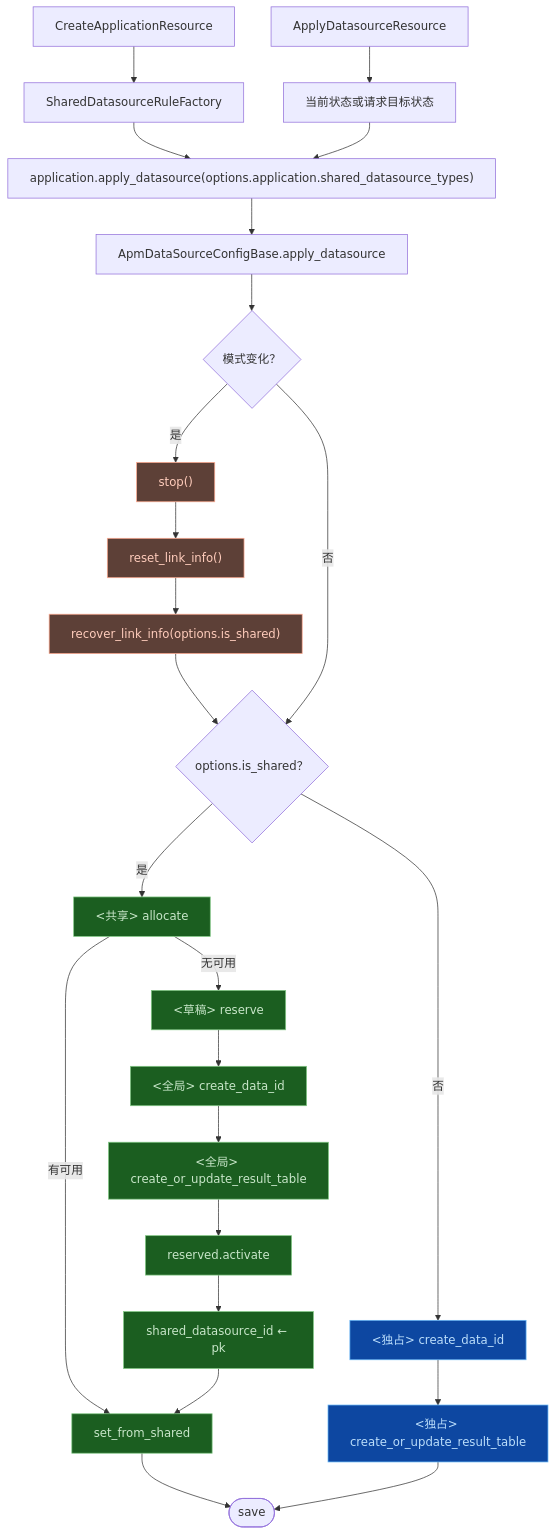
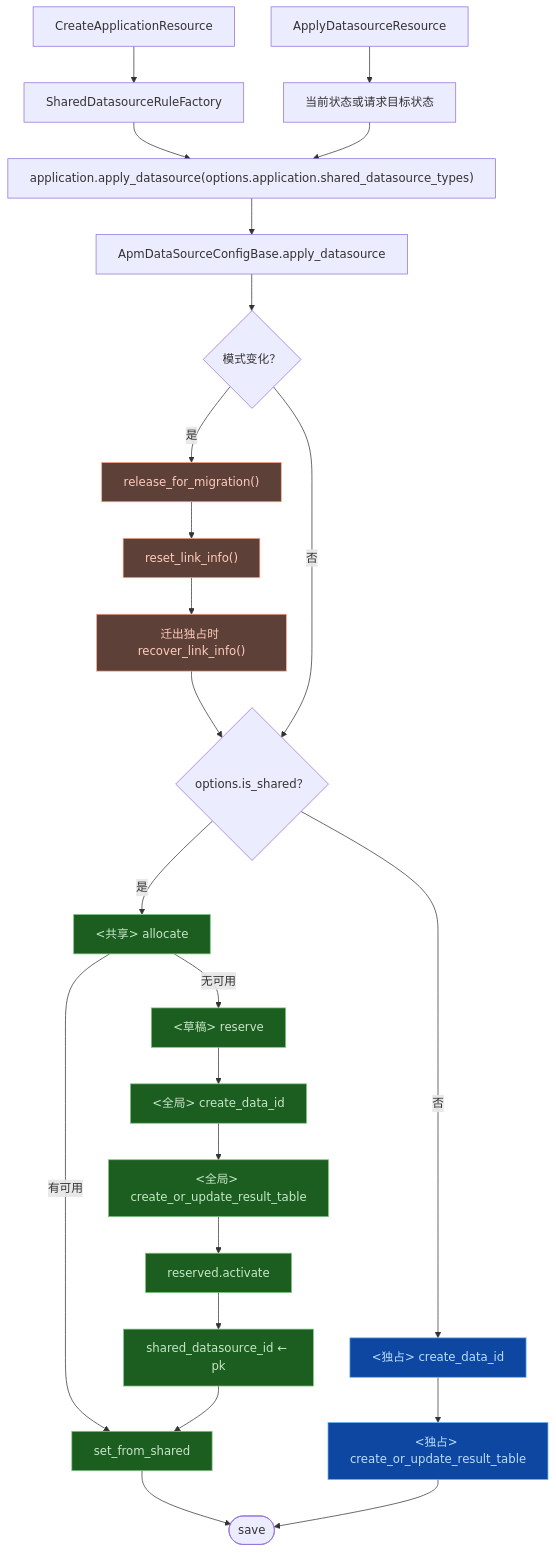
One commit to ZhuoZhuoCrayon/ai-workspace changed the eighth of 10 diagrams in knowledge/bkmonitor/issues/2026-03-03-apm-shared-datasource/PLAN.md. Above: the diagram before and after it, drawn with Mermaid. The commit also changed other lines of this file, not shown here.

````diff
--- a/knowledge/bkmonitor/issues/2026-03-03-apm-shared-datasource/PLAN.md
+++ b/knowledge/bkmonitor/issues/2026-03-03-apm-shared-datasource/PLAN.md
@@ -325,40 +325,40 @@
 ```mermaid
 flowchart TD
     C0["CreateApplicationResource"] --> C1["SharedDatasourceRuleFactory"]
 
     A0["ApplyDatasourceResource"] --> A1["当前状态或请求目标状态"]
 
     C1 --> E["application.apply_datasource(options.application.shared_datasource_types)"]
     A1 --> E
 
     E --> F["ApmDataSourceConfigBase.apply_datasource"]
     F --> M{"模式变化？"}
-    M -->|是| N["stop()"]
+    M -->|是| N["release_for_migration()"]
     N --> O["reset_link_info()"]
-    O --> P["recover_link_info(options.is_shared)"]
+    O --> P["迁出独占时 recover_link_info()"]
     P --> B2{"options.is_shared？"}
     M -->|否| B2
 
     B2 -->|是| S1["<共享> allocate"]
     S1 -->|有可用| S2["set_from_shared"]
     S1 -->|无可用| S3["<草稿> reserve"]
     S3 --> S4["<全局> create_data_id"]
     S4 --> S5["<全局> create_or_update_result_table"]
     S5 --> S6["reserved.activate"]
     S6 --> S7["shared_datasource_id ← pk"]
     S7 --> S2
 
     B2 -->|否| D1["<独占> create_data_id"]
     D1 --> D2["<独占> create_or_update_result_table"]
 
     S2 --> J(["save"])
     D2 --> J
 
     classDef migrate fill:#5d4037,stroke:#ffab91,color:#ffccbc
     classDef shared fill:#1b5e20,stroke:#81c784,color:#c8e6c9
     classDef dedicated fill:#0d47a1,stroke:#64b5f6,color:#bbdefb
 
     class N,O,P migrate
     class S1,S2,S3,S4,S5,S6,S7 shared
     class D1,D2 dedicated
 ```
````
